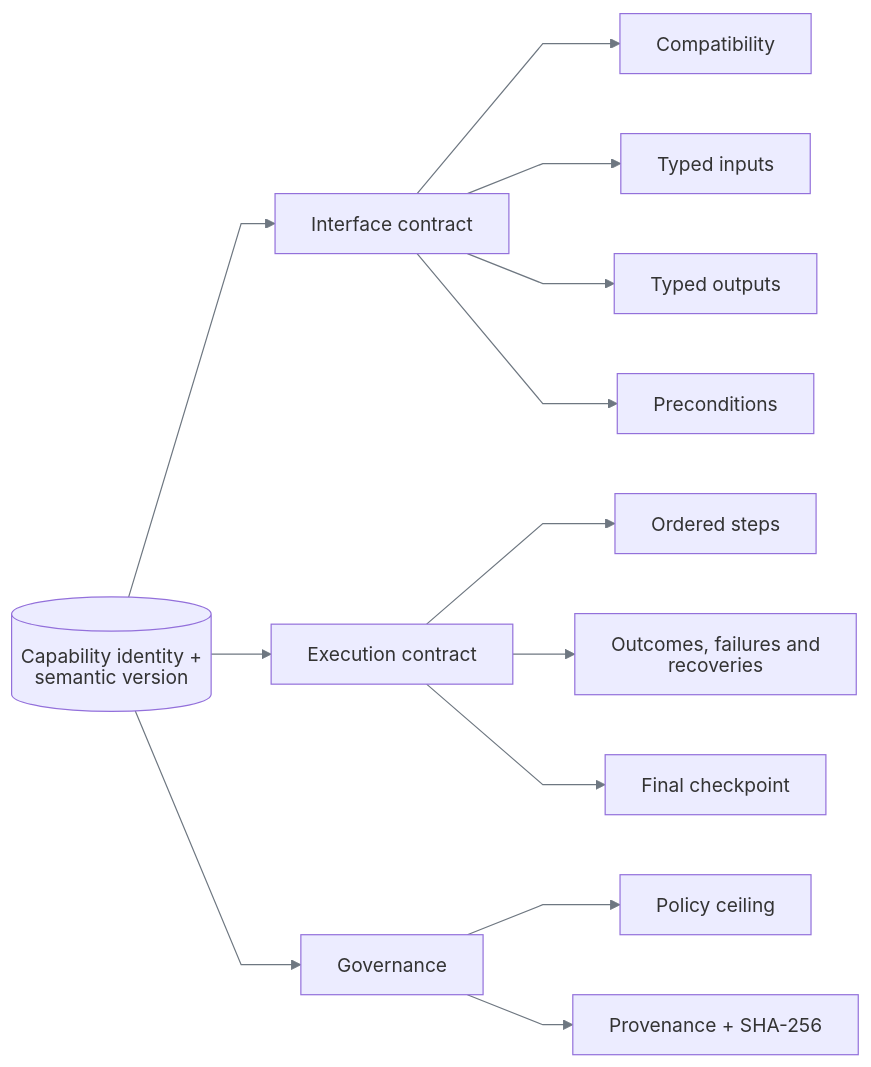
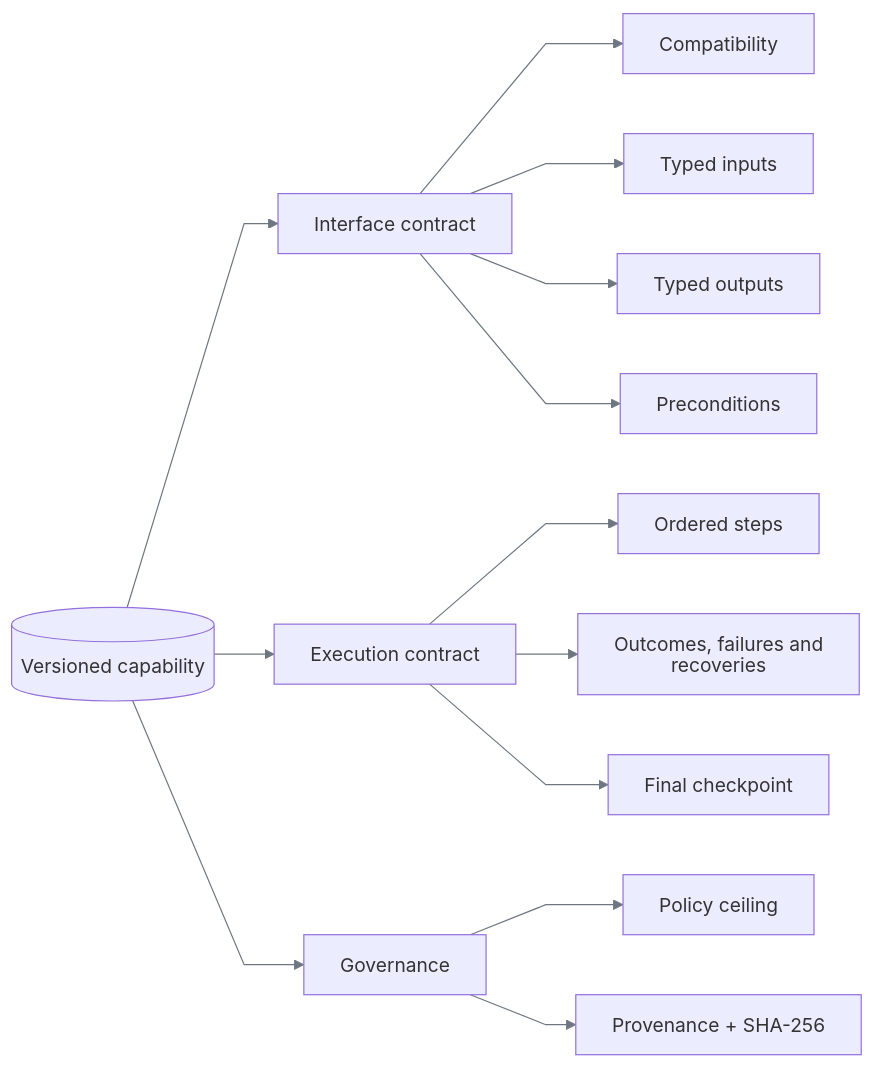
One commit to SivaTSS/replay-forge changed the first of 2 diagrams in docs/capability-and-replay.md. Above: the diagram before and after it, drawn with Mermaid. The commit also changed other lines of this file and 15 other files, not shown here.

Commit message:
docs: unify reference structure and validate diagram consistency

````diff
--- a/docs/capability-and-replay.md
+++ b/docs/capability-and-replay.md
@@ -31,20 +32,20 @@
 ```mermaid
 %%{init: {"htmlLabels":false,"themeVariables":{"lineColor":"#6E7781","signalColor":"#6E7781"},"flowchart":{"curve":"linear"},"sequence":{"wrap":true}}}%%
 flowchart LR
-    A[(Capability identity + semantic version)]
+    A[(Versioned capability)]
 
     A --> C0[Interface contract]
     C0 --> C[Compatibility]
     C0 --> I[Typed inputs]
     C0 --> O[Typed outputs]
     C0 --> P[Preconditions]
 
     A --> E0[Execution contract]
     E0 --> S[Ordered steps]
     E0 --> E[Outcomes, failures and recoveries]
     E0 --> K[Final checkpoint]
 
     A --> G0[Governance]
     G0 --> G[Policy ceiling]
     G0 --> V[Provenance + SHA-256]
 ```
````
